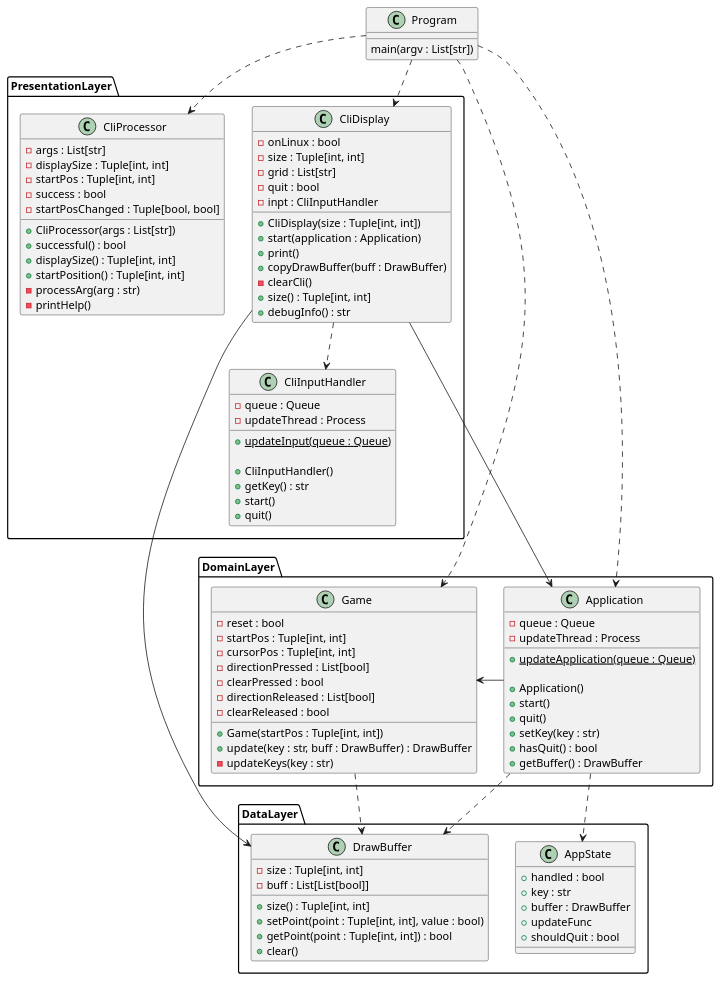
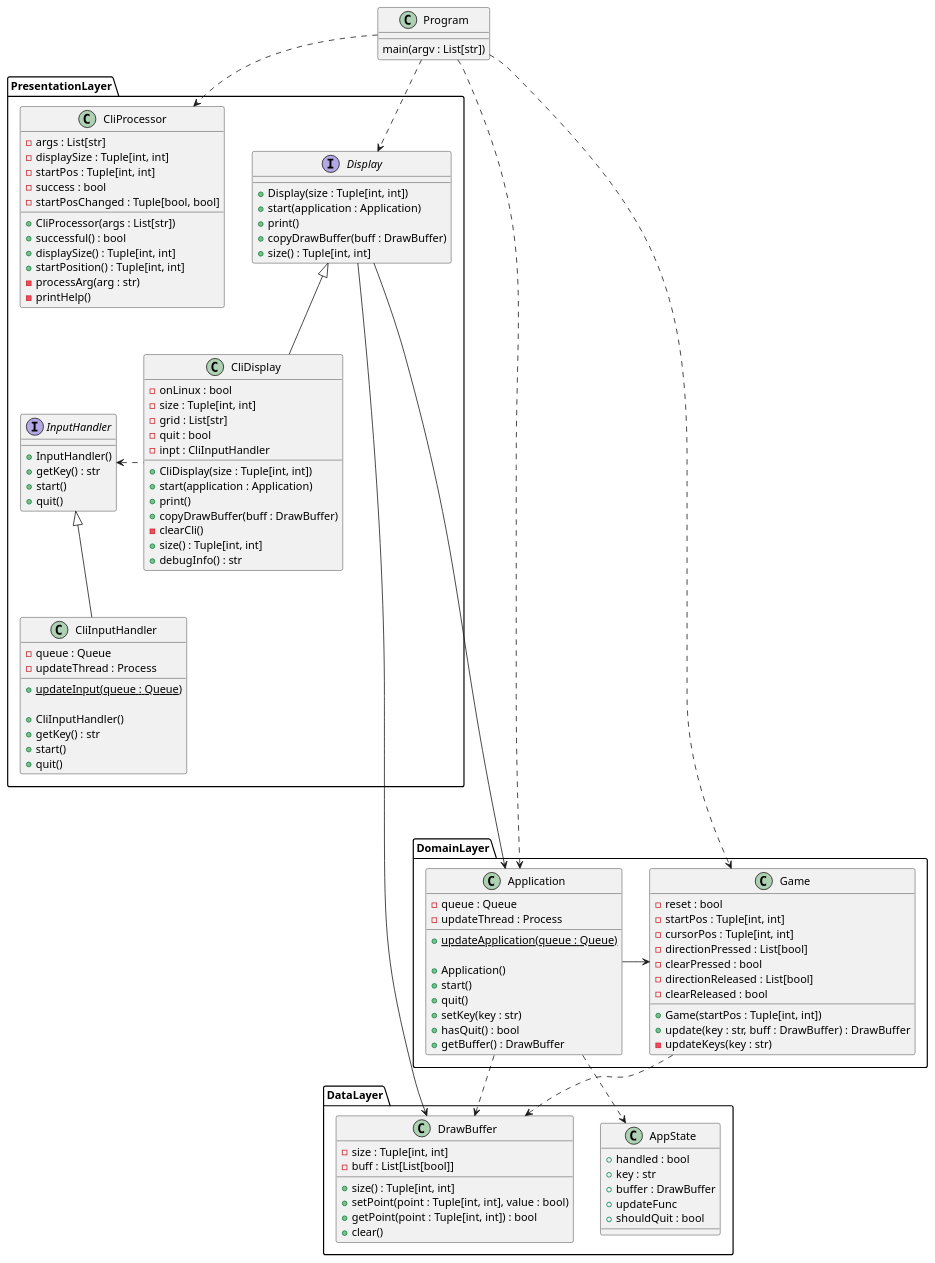
Before and after one commit to blueOkiris/EmbeddedLinuxClass: the first of 2 diagrams in hw01/docs/etchsketch.plantuml, drawn with PlantUML. The commit also changed other lines of this file and 5 other files, not shown here.

Commit message:
Modified clidisplay and cliinputhandler to be 'implementing an interface' for display and inputhandler

```diff
--- a/hw01/docs/etchsketch.plantuml
+++ b/hw01/docs/etchsketch.plantuml
@@ -1,116 +1,133 @@
 @startuml etch-a-sketch-class
 
 class Program {
     main(argv : List[str])
 }
 
 namespace PresentationLayer {
+    interface Display {
+        + Display(size : Tuple[int, int])
+        + start(application : Application)
+        + print()
+        + copyDrawBuffer(buff : DrawBuffer)
+        + size() : Tuple[int, int]
+    }
+
     class CliDisplay {
         - onLinux : bool
         - size : Tuple[int, int]
         - grid : List[str]
         - quit : bool
         - inpt : CliInputHandler
 
         + CliDisplay(size : Tuple[int, int])
         + start(application : Application)
         + print()
         + copyDrawBuffer(buff : DrawBuffer)
         - clearCli()
         + size() : Tuple[int, int]
         + debugInfo() : str
     }
 
     class CliProcessor {
         - args : List[str]
         - displaySize : Tuple[int, int]
         - startPos : Tuple[int, int]
         - success : bool
         - startPosChanged : Tuple[bool, bool]
 
         + CliProcessor(args : List[str])
         + successful() : bool
         + displaySize() : Tuple[int, int]
         + startPosition() : Tuple[int, int]
         - processArg(arg : str)
         - printHelp()
     }
 
+    interface InputHandler {
+        + InputHandler()
+        + getKey() : str
+        + start()
+        + quit()
+    }
+
     class CliInputHandler {
         - queue : Queue
         - updateThread : Process
 
         + {static} updateInput(queue : Queue)
 
         + CliInputHandler()
         + getKey() : str
         + start()
         + quit()
     }
 
-    CliDisplay ..> CliInputHandler
+    CliDisplay .l.> InputHandler
+    CliDisplay -u-|> Display
+    CliInputHandler -u-|> InputHandler
 }
 
 namespace DomainLayer {
     class Application {
         - queue : Queue
         - updateThread : Process
 
         + {static} updateApplication(queue : Queue)
 
         + Application()
         + start()
         + quit()
         + setKey(key : str)
         + hasQuit() : bool
         + getBuffer() : DrawBuffer
     }
 
     class Game {
         - reset : bool
         - startPos : Tuple[int, int]
         - cursorPos : Tuple[int, int]
         - directionPressed : List[bool]
         - clearPressed : bool
         - directionReleased : List[bool]
         - clearReleased : bool
         
         + Game(startPos : Tuple[int, int])
         + update(key : str, buff : DrawBuffer) : DrawBuffer
         - updateKeys(key : str)
     }
 
     Application -> Game
 }
 
 namespace DataLayer {
     class DrawBuffer {
         - size : Tuple[int, int]
         - buff : List[List[bool]]
 
         + size() : Tuple[int, int]
         + setPoint(point : Tuple[int, int], value : bool)
         + getPoint(point : Tuple[int, int]) : bool
         + clear()
     }
 
     class AppState {
         + handled : bool
         + key : str
         + buffer : DrawBuffer
         + updateFunc
         + shouldQuit : bool
     }
 }
 
 Program ..> PresentationLayer.CliProcessor
 Program ...> DomainLayer.Game
 Program ...> DomainLayer.Application
-Program ..> PresentationLayer.CliDisplay
-PresentationLayer.CliDisplay ---> DomainLayer.Application
-PresentationLayer.CliDisplay ---> DataLayer.DrawBuffer
+Program ..> PresentationLayer.Display
+PresentationLayer.Display -----> DomainLayer.Application
+PresentationLayer.Display -----> DataLayer.DrawBuffer
 DomainLayer.Application ..> DataLayer.AppState
 DomainLayer.Application ..> DataLayer.DrawBuffer
 DomainLayer.Game ..> DataLayer.DrawBuffer
 
 @enduml
```
